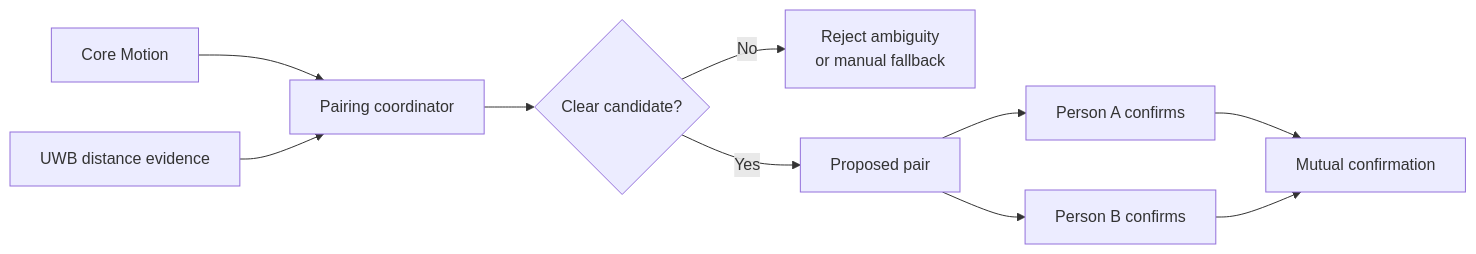
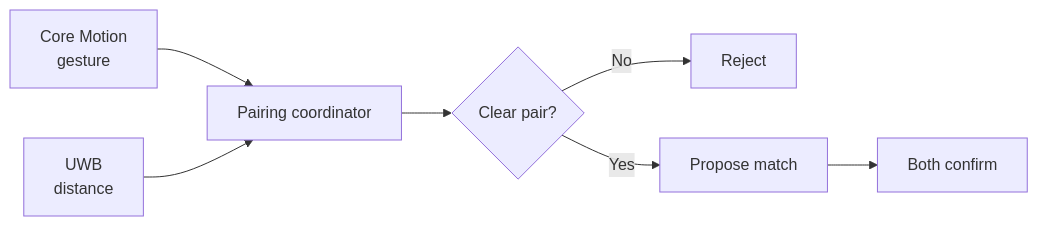
The third of 4 diagrams in README.md (abrar-sarwar/bump), drawn with Mermaid before and after one commit. The commit also changed other lines of this file, not shown here.

````diff
--- a/README.md
+++ b/README.md
@@ -106,13 +103,9 @@
 ```mermaid
 flowchart LR
-    A["Core Motion"] --> C["Pairing coordinator"]
-    B["UWB distance evidence"] --> C
-    C --> D{"Clear candidate?"}
-
-    D -- "No" --> E["Reject ambiguity<br/>or manual fallback"]
-    D -- "Yes" --> F["Proposed pair"]
-    F --> G["Person A confirms"]
-    F --> H["Person B confirms"]
-    G --> I["Mutual confirmation"]
-    H --> I
+    A["Core Motion<br/>gesture"] --> C["Pairing coordinator"]
+    B["UWB<br/>distance"] --> C
+    C --> D{"Clear pair?"}
+    D -- "No" --> E["Reject"]
+    D -- "Yes" --> F["Propose match"]
+    F --> G["Both confirm"]
 ```
````
